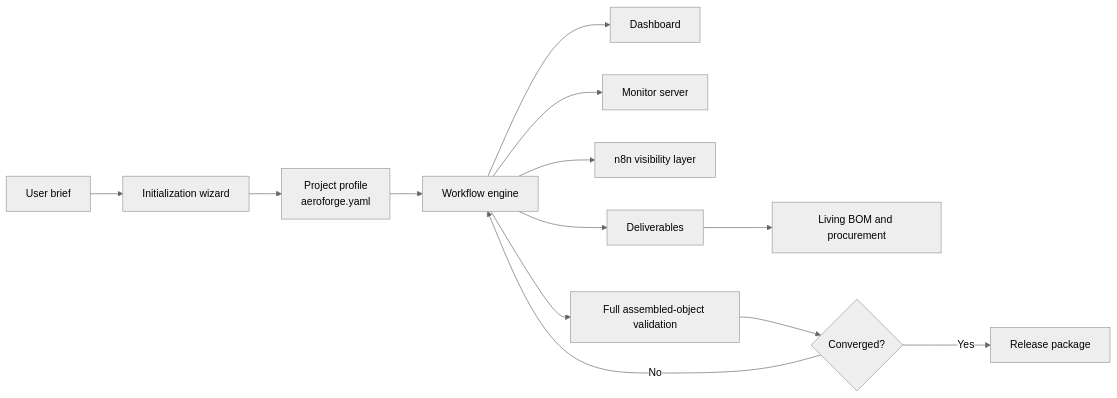
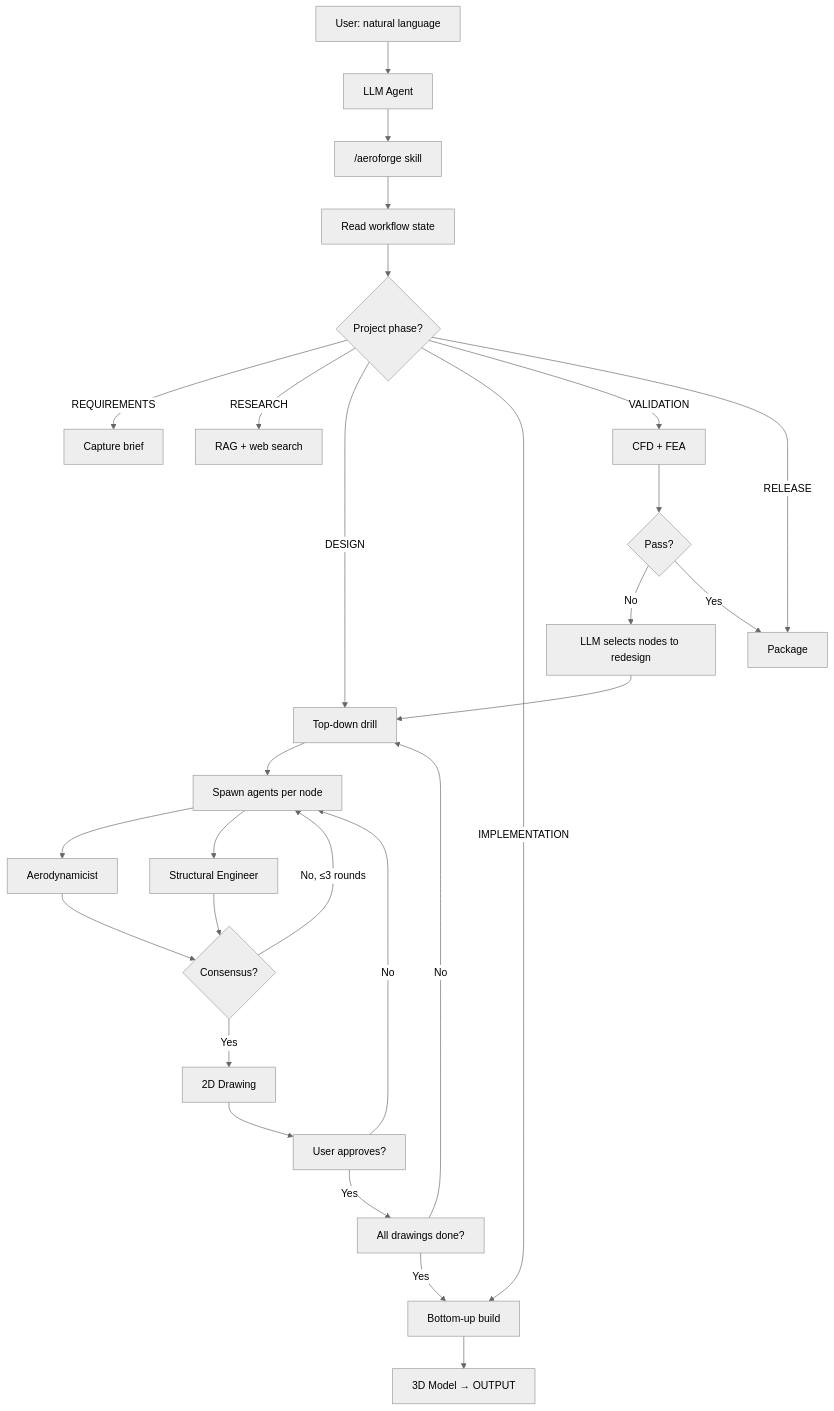
The first of 2 diagrams in README.md (ipanov/aeroforge), drawn with Mermaid (neutral theme) before and after one commit. The commit also changed other lines of this file and 17 other files, not shown here.

````diff
--- a/README.md
+++ b/README.md
@@ -18,15 +15,30 @@
 ```mermaid
-flowchart LR
-    A[User brief] --> B[Initialization wizard]
-    B --> C[Project profile<br/>aeroforge.yaml]
-    C --> D[Workflow engine]
-    D --> E[Dashboard]
-    D --> F[Monitor server]
-    D --> G[n8n visibility layer]
-    D --> H[Deliverables]
-    H --> I[Living BOM and procurement]
-    D --> J[Full assembled-object validation]
-    J --> K{Converged?}
-    K -- No --> D
-    K -- Yes --> L[Release package]
+flowchart TD
+    A[User: natural language] --> B[LLM Agent]
+    B --> C["/aeroforge skill"]
+    C --> D[Read workflow state]
+    D --> E{Project phase?}
+    E -->|REQUIREMENTS| F[Capture brief]
+    E -->|RESEARCH| G[RAG + web search]
+    E -->|DESIGN| H[Top-down drill]
+    E -->|IMPLEMENTATION| I[Bottom-up build]
+    E -->|VALIDATION| J[CFD + FEA]
+    E -->|RELEASE| K[Package]
+    H --> L[Spawn agents per node]
+    L --> M[Aerodynamicist]
+    L --> N[Structural Engineer]
+    M --> O{Consensus?}
+    N --> O
+    O -->|No, ≤3 rounds| L
+    O -->|Yes| P[2D Drawing]
+    P --> Q[User approves?]
+    Q -->|No| L
+    Q -->|Yes| R[All drawings done?]
+    R -->|No| H
+    R -->|Yes| I
+    I --> S[3D Model → OUTPUT]
+    J --> T{Pass?}
+    T -->|No| U[LLM selects nodes to redesign]
+    U --> H
+    T -->|Yes| K
 ```
````
